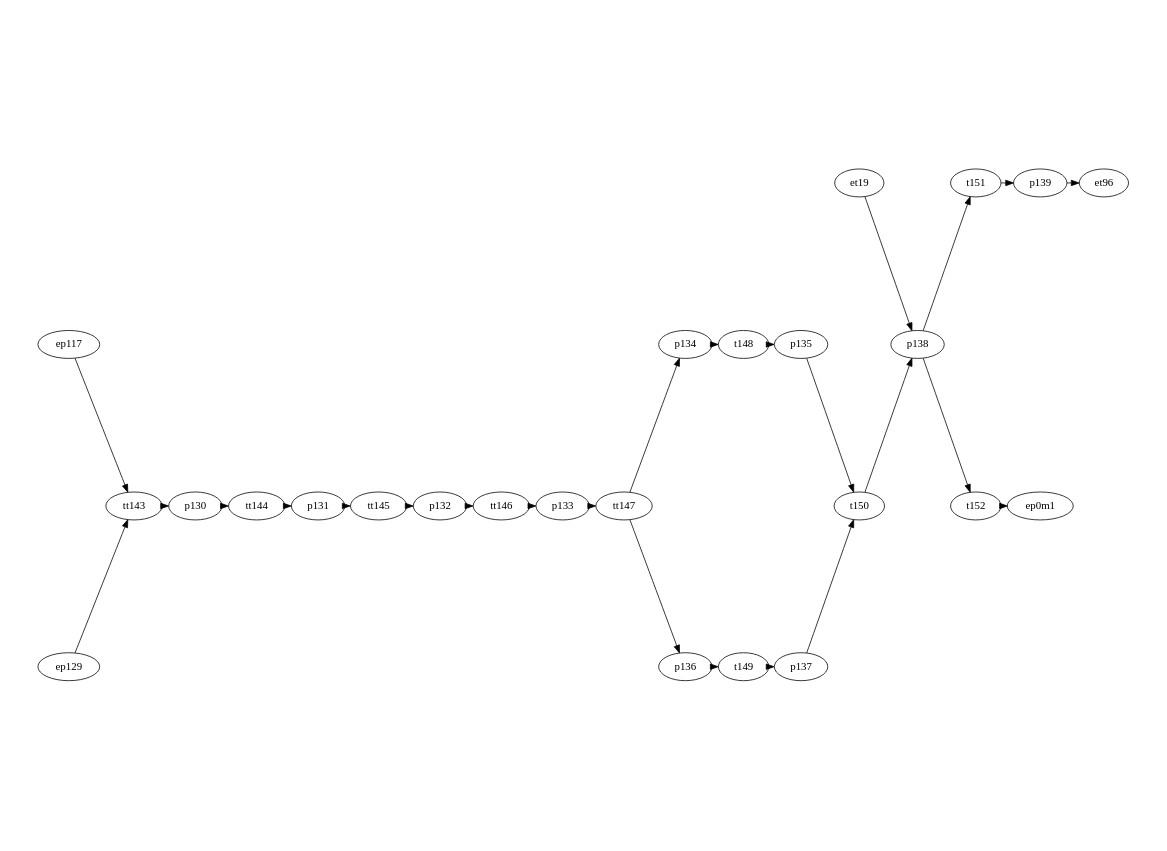
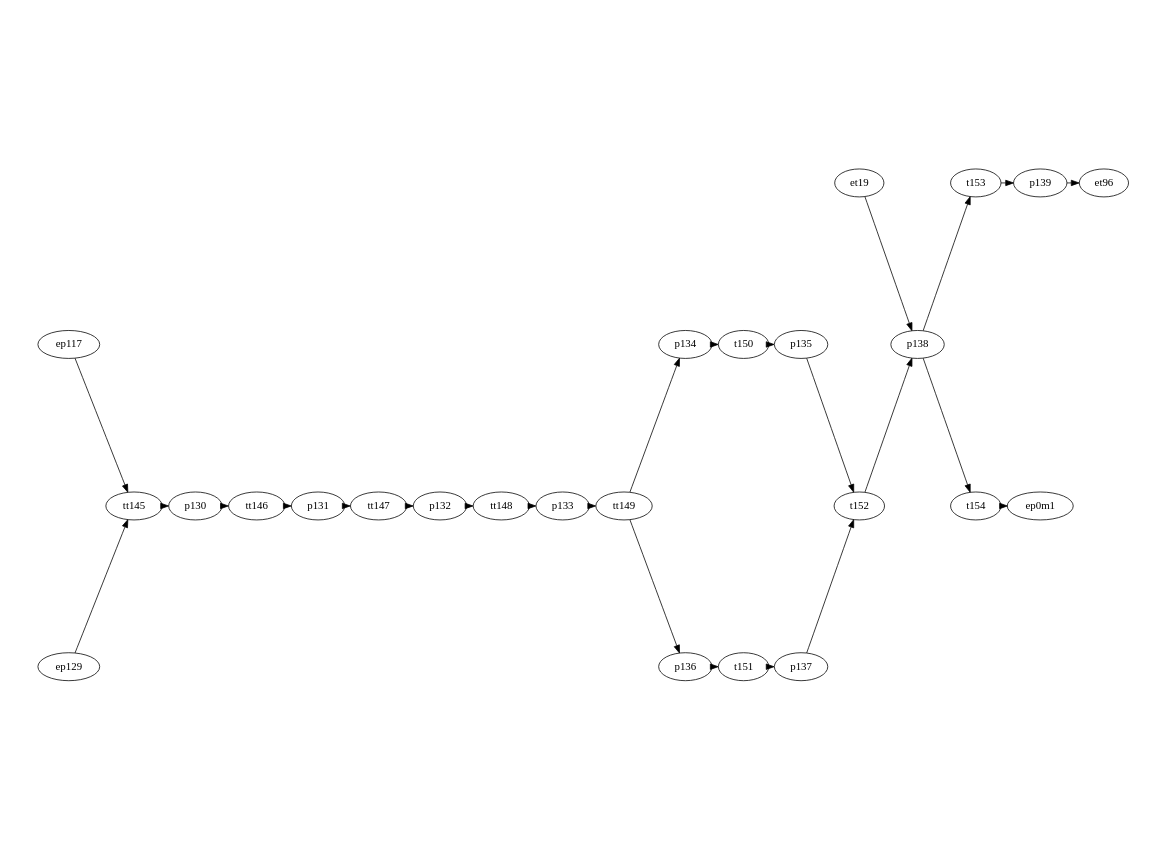
One commit to Accacio/docsTCC changed the diagram in figures/petriNets/dot/9-storePiece/storePiece.dot. Above: the diagram before and after it, drawn with Graphviz. The commit also changed 6 other files, not shown here.

```diff
--- a/figures/petriNets/dot/9-storePiece/storePiece.dot
+++ b/figures/petriNets/dot/9-storePiece/storePiece.dot
@@ -1,84 +1,84 @@
 digraph A {
     # splines = ortho
     rankdir=LR;
     ratio=fill
     graph [pad="0.5", nodesep="0.05", ranksep="0.02"];
     margin=0;
     size="11.7,8.3!"
 
 # Módulo armazenador (coloca peça e reset)
 
   p130
   p131
   p132
   p133
   p134
   p135
   p136
   p137
   p138
   p139
   
-  tt143
-  tt144
   tt145
   tt146
   tt147
-  t148
-  t149
+  tt148
+  tt149
   t150
   t151
   t152
+  t153
+  t154
 
 
 # subgraph cluster_9 {
 #   label="Store Piece";
 #   labelloc = b
 #   margin=0.3
 #   style="dashed"
   # color="red"
   # pre
 
-  p130 -> tt144
-  p131 -> tt145
-  p132 -> tt146
-  p133 -> tt147
-  p134 -> t148
-  p135 -> t150
-  p136 -> t149
-  p137 -> t150
-  p138 -> t151
-  p138 -> t152
+  p130 -> tt146
+  p131 -> tt147
+  p132 -> tt148
+  p133 -> tt149
+  p134 -> t150
+  p135 -> t152
+  p136 -> t151
+  p137 -> t152
+  p138 -> t153
+  p138 -> t154
 
 
   #pos
 
-  tt143 -> p130
-  tt144 -> p131
-  tt145 -> p132
-  tt146 -> p133
-  tt147 -> p134
-  tt147 -> p136
-  t148 -> p135
-  t149 -> p137
-  t150 -> p138
-  t151 -> p139
+  tt145 -> p130
+  tt146 -> p131
+  tt147 -> p132
+  tt148 -> p133
+  tt149 -> p134
+  tt149 -> p136
+  t150 -> p135
+  t151 -> p137
+  t152 -> p138
+  t153 -> p139
 
 
 # }
 
 ep117
 ep129
-ep117 -> tt143
-ep129 -> tt143
+ep117 -> tt145
+ep129 -> tt145
 
 ep0m1
-t152 -> ep0m1
+t154 -> ep0m1
 
 et96
 p139 -> et96
 
 et19
 et19 -> p138
 
 }
```
